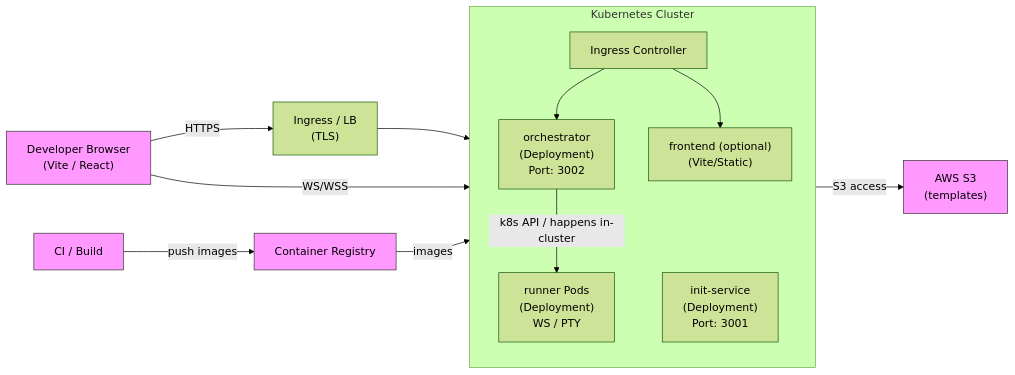
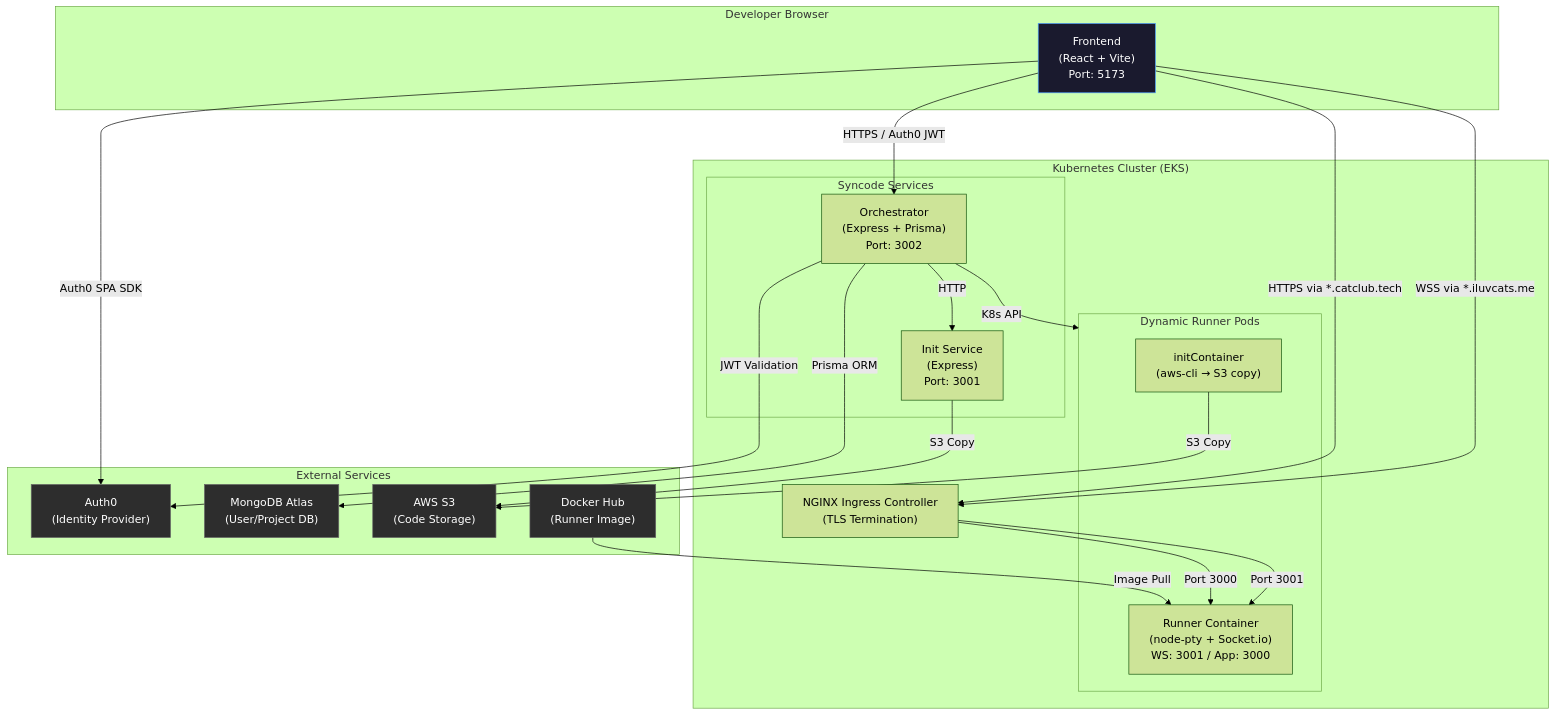
Before and after one commit to Archit743/Syncode: the diagram in DEPLOYMENT_DIAGRAM.md, drawn with Mermaid (forest theme). The commit also changed other lines of this file and 10 other files, not shown here.

````diff
--- a/DEPLOYMENT_DIAGRAM.md
+++ b/DEPLOYMENT_DIAGRAM.md
@@ -90,35 +7,52 @@
 ```mermaid
-flowchart LR
-  %% External actors
-  Dev["Developer Browser\n(Vite / React)"]
-  CI["CI / Build"]
-  Registry["Container Registry"]
-  S3["AWS S3\n(templates)"]
-
-  %% Ingress / Load Balancer
-  Ingress["Ingress / LB\n(TLS)" ]
-
-  subgraph K8sCluster [Kubernetes Cluster]
-    direction TB
-    IngressSvc["Ingress Controller"]
-    Orchestrator["orchestrator\n(Deployment)\nPort: 3002"]
-    InitService["init-service\n(Deployment)\nPort: 3001"]
-    Runner["runner Pods\n(Deployment)\nWS / PTY"]
-    Frontend["frontend (optional)\n(Vite/Static)"]
+flowchart TB
+  subgraph External["External Services"]
+    Auth0["Auth0\n(Identity Provider)"]
+    MongoDB["MongoDB Atlas\n(User/Project DB)"]
+    S3["AWS S3\n(Code Storage)"]
+    DockerHub["Docker Hub\n(Runner Image)"]
   end
 
-  %% Connections
-  Dev -->|HTTPS| Ingress
-  Ingress --> IngressSvc
-  IngressSvc --> Orchestrator
-  IngressSvc --> Frontend
-  Dev -->|WS/WSS| Runner
+  subgraph Client["Developer Browser"]
+    Frontend["Frontend\n(React + Vite)\nPort: 5173"]
+  end
 
-  Orchestrator -->|k8s API / happens in-cluster| Runner
-  InitService -->|S3 access| S3
-  CI -->|push images| Registry
-  Registry -->|images| Runner
+  subgraph K8s["Kubernetes Cluster (EKS)"]
+    Ingress["NGINX Ingress Controller\n(TLS Termination)"]
+    
+    subgraph Services["Syncode Services"]
+      Orchestrator["Orchestrator\n(Express + Prisma)\nPort: 3002"]
+      InitService["Init Service\n(Express)\nPort: 3001"]
+    end
 
-  classDef ext fill:#f9f,stroke:#333,stroke-width:1px;
-  class Dev,CI,Registry,S3 ext;
+    subgraph Pods["Dynamic Runner Pods"]
+      InitContainer["initContainer\n(aws-cli → S3 copy)"]
+      Runner["Runner Container\n(node-pty + Socket.io)\nWS: 3001 / App: 3000"]
+    end
+  end
+
+  Frontend -->|"HTTPS / Auth0 JWT"| Orchestrator
+  Frontend -->|"WSS via *.iluvcats.me"| Ingress
+  Frontend -->|"HTTPS via *.catclub.tech"| Ingress
+  Ingress -->|"Port 3001"| Runner
+  Ingress -->|"Port 3000"| Runner
+
+  Orchestrator -->|"Prisma ORM"| MongoDB
+  Orchestrator -->|"JWT Validation"| Auth0
+  Orchestrator -->|"K8s API"| Pods
+  Orchestrator -->|"HTTP"| InitService
+
+  InitService -->|"S3 Copy"| S3
+  InitContainer -->|"S3 Copy"| S3
+  DockerHub -->|"Image Pull"| Runner
+
+  Frontend -->|"Auth0 SPA SDK"| Auth0
+
+  classDef external fill:#2d2d2d,stroke:#666,color:#fff;
+  classDef client fill:#1a1a2e,stroke:#4a9eff,color:#fff;
+  classDef k8s fill:#0d1117,stroke:#3fb950,color:#fff;
+  classDef service fill:#161b22,stroke:#58a6ff,color:#fff;
+
+  class Auth0,MongoDB,S3,DockerHub external;
+  class Frontend client;
 ```
````
